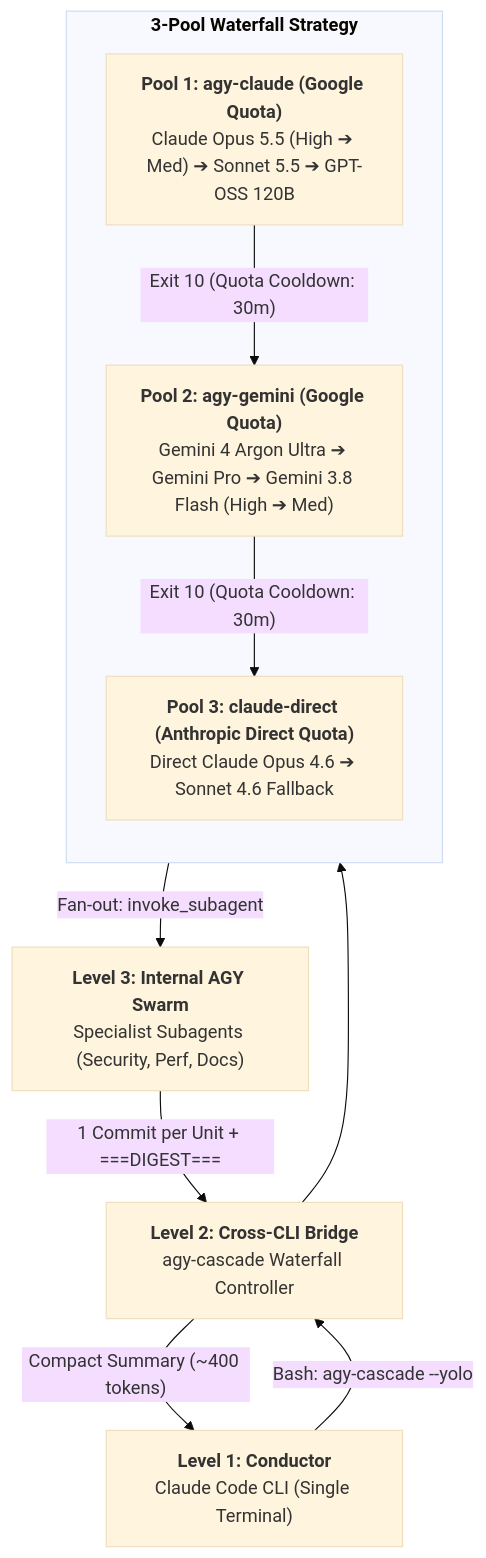
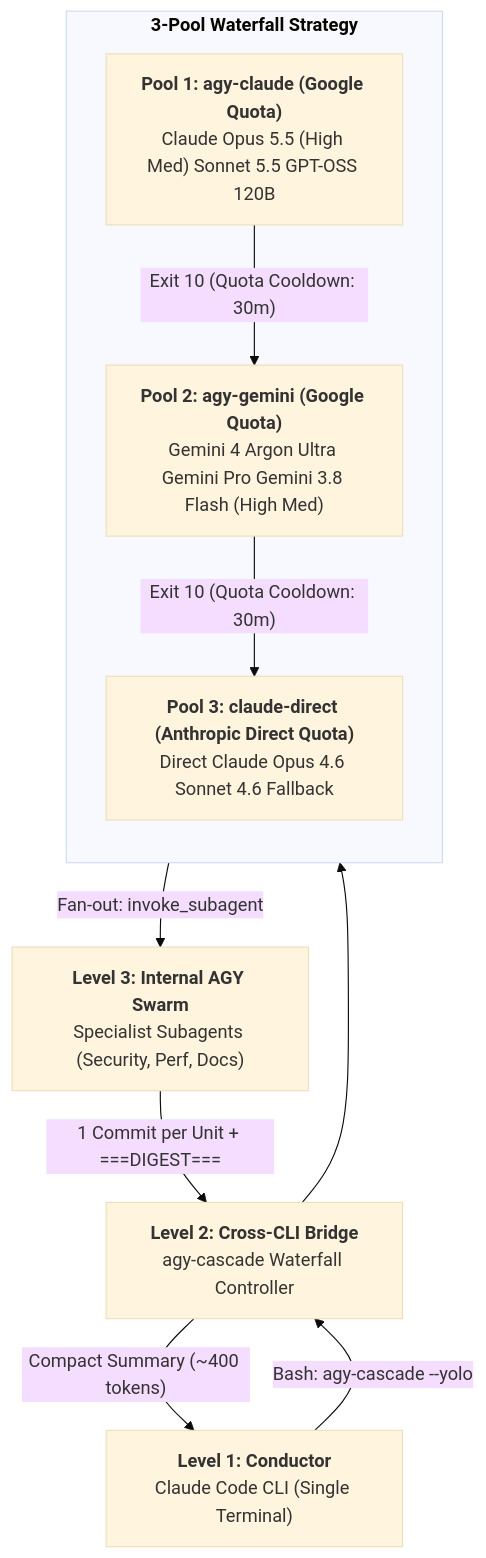
Before and after one commit to juanmarboledao2304/dual-agent-nexus: the diagram in contrib/agy-cascade/README.md, drawn with Mermaid (base theme). The commit also changed other lines of this file and 274 other files, not shown here.

````diff
--- a/contrib/agy-cascade/README.md
+++ b/contrib/agy-cascade/README.md
@@ -11,20 +11,20 @@
 ```mermaid
 flowchart TD
     L1["<b>Level 1: Conductor</b><br/>Claude Code CLI (Single Terminal)"]
     L1 -->|"Bash: agy-cascade --yolo"| Bridge["<b>Level 2: Cross-CLI Bridge</b><br/>agy-cascade Waterfall Controller"]
 
     subgraph Waterfall["<b>3-Pool Waterfall Strategy</b>"]
         direction TB
-        Pool1["<b>Pool 1: agy-claude (Google Quota)</b><br/>Claude Opus 5.5 (High ➔ Med) ➔ Sonnet 5.5 ➔ GPT-OSS 120B"]
-        Pool2["<b>Pool 2: agy-gemini (Google Quota)</b><br/>Gemini 4 Argon Ultra ➔ Gemini Pro ➔ Gemini 3.8 Flash (High ➔ Med)"]
-        Pool3["<b>Pool 3: claude-direct (Anthropic Direct Quota)</b><br/>Direct Claude Opus 4.6 ➔ Sonnet 4.6 Fallback"]
+        Pool1["<b>Pool 1: agy-claude (Google Quota)</b><br/>Claude Opus 5.5 (High Med) Sonnet 5.5 GPT-OSS 120B"]
+        Pool2["<b>Pool 2: agy-gemini (Google Quota)</b><br/>Gemini 4 Argon Ultra Gemini Pro Gemini 3.8 Flash (High Med)"]
+        Pool3["<b>Pool 3: claude-direct (Anthropic Direct Quota)</b><br/>Direct Claude Opus 4.6 Sonnet 4.6 Fallback"]
 
         Pool1 -->|"Exit 10 (Quota Cooldown: 30m)"| Pool2
         Pool2 -->|"Exit 10 (Quota Cooldown: 30m)"| Pool3
     end
 
     Bridge --> Waterfall
     Waterfall -->|"Fan-out: invoke_subagent"| L3["<b>Level 3: Internal AGY Swarm</b><br/>Specialist Subagents (Security, Perf, Docs)"]
     L3 -->|"1 Commit per Unit + ===DIGEST==="| Bridge
     Bridge -->|"Compact Summary (~400 tokens)"| L1
 ```
````
